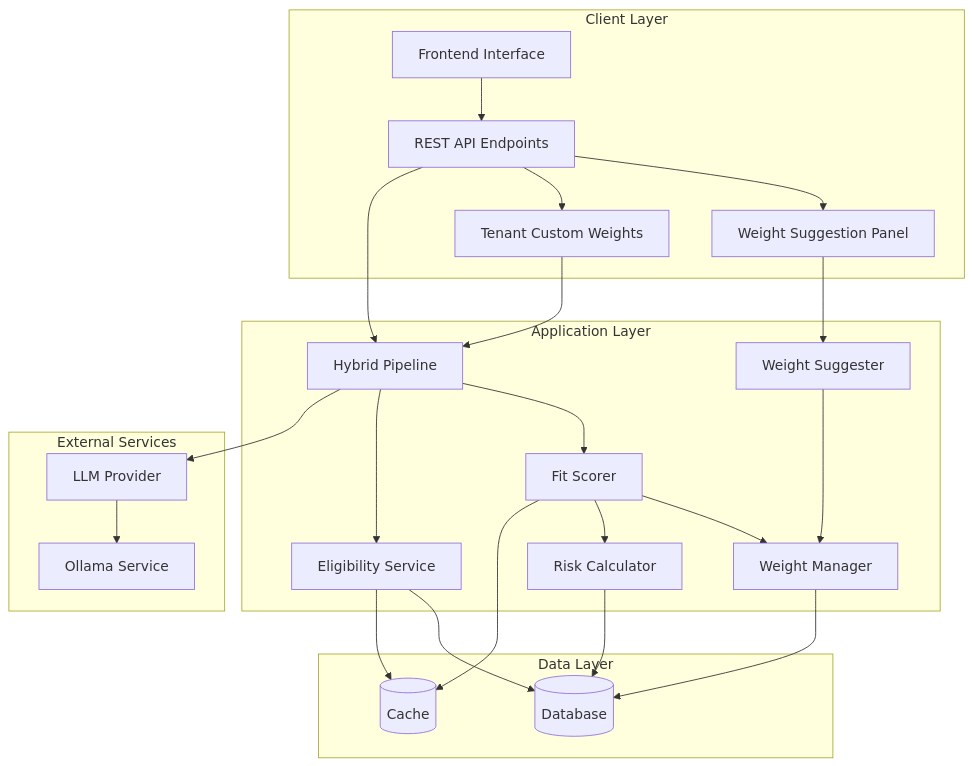
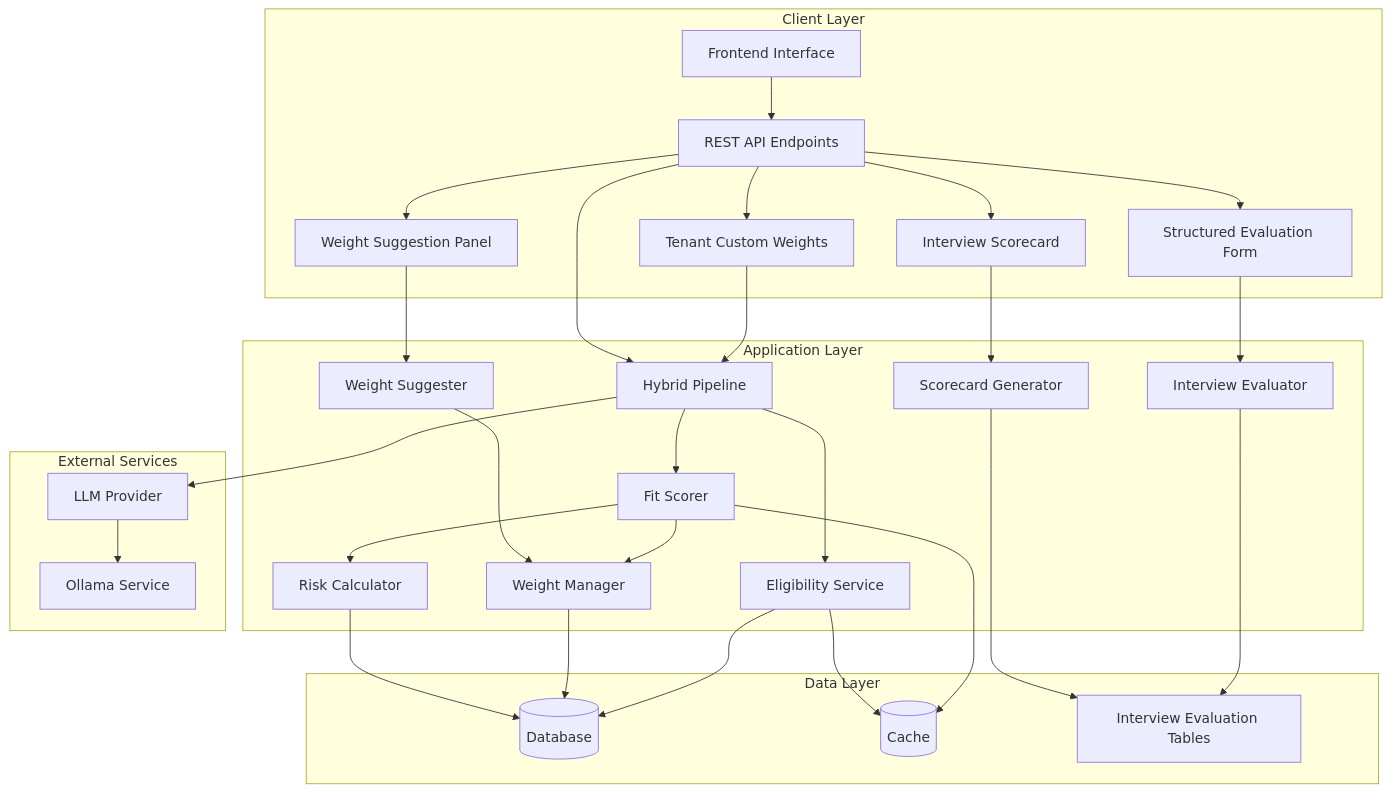
One commit to Revanththetalogics/aireume changed the first of 12 diagrams in .qoder/repowiki/en/content/Analysis Engine/Fit Scoring System.md. Above: the diagram before and after it, drawn with Mermaid. The commit also changed other lines of this file and 41 other files, not shown here.

````diff
--- a/.qoder/repowiki/en/content/Analysis Engine/Fit Scoring System.md
+++ b/.qoder/repowiki/en/content/Analysis Engine/Fit Scoring System.md
@@ -51,43 +59,54 @@
 ```mermaid
 graph TB
 subgraph "Client Layer"
 UI[Frontend Interface]
 API[REST API Endpoints]
 WeightPanel[Weight Suggestion Panel]
 CustomWeights[Tenant Custom Weights]
+InterviewScorecard[Interview Scorecard]
+EvalForm[Structured Evaluation Form]
 end
 subgraph "Application Layer"
 HP[Hybrid Pipeline]
 FS[Fit Scorer]
 WM[Weight Manager]
 ES[Eligibility Service]
 RS[Risk Calculator]
 WS[Weight Suggester]
+IE[Interview Evaluator]
+IS[Scorecard Generator]
 end
 subgraph "Data Layer"
 DB[(Database)]
 CACHE[(Cache)]
+EVAL_TABLES[Interview Evaluation Tables]
 end
 subgraph "External Services"
 LLM[LLM Provider]
 OLLAMA[Ollama Service]
 end
 UI --> API
 API --> WeightPanel
 API --> CustomWeights
+API --> InterviewScorecard
+API --> EvalForm
 WeightPanel --> WS
 CustomWeights --> HP
+InterviewScorecard --> IS
+EvalForm --> IE
 API --> HP
 HP --> FS
 HP --> ES
 FS --> WM
 FS --> RS
 ES --> DB
 WM --> DB
 RS --> DB
 WS --> WM
+IE --> EVAL_TABLES
+IS --> EVAL_TABLES
 HP --> LLM
 LLM --> OLLAMA
 FS --> CACHE
 ES --> CACHE
 ```
````
